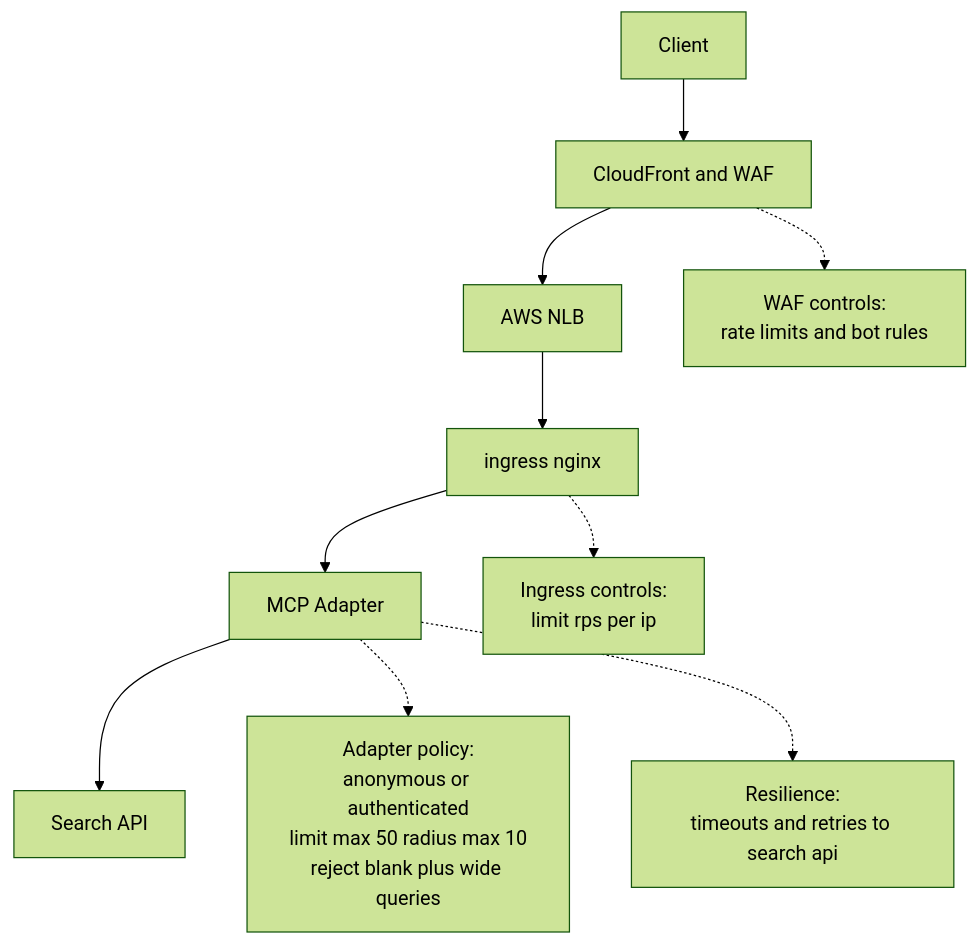
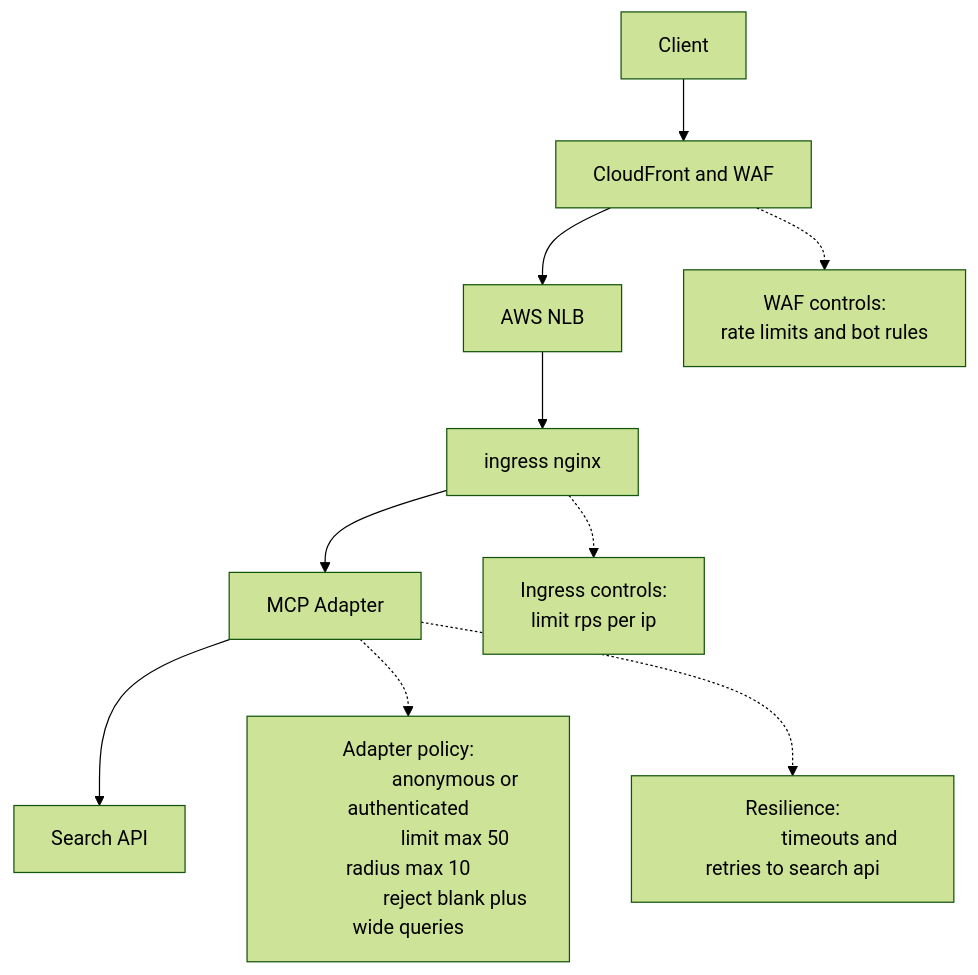
Before and after one commit to shahriarb/vibekanban: the fifth of 5 diagrams in http-mcp-design.md, drawn with Mermaid (forest theme).

````diff
--- a/http-mcp-design.md
+++ b/http-mcp-design.md
@@ -143,13 +143,19 @@
 ```mermaid
 flowchart TB
   U["Client"] --> CF["CloudFront and WAF"]
   CF --> NLB["AWS NLB"]
   NLB --> INX["ingress nginx"]
   INX --> ADP["MCP Adapter"]
   ADP --> SRCH["Search API"]
 
-  CF -.-> WAFCTRL["WAF controls:\nrate limits and bot rules"]
-  INX -.-> RLCTRL["Ingress controls:\nlimit rps per ip"]
-  ADP -.-> POLCTRL["Adapter policy:\nanonymous or authenticated\nlimit max 50 radius max 10\nreject blank plus wide queries"]
-  ADP -.-> RESCTRL["Resilience:\ntimeouts and retries to search api"]
+  CF -.-> WAFCTRL["WAF controls:
+                   rate limits and bot rules"]
+  INX -.-> RLCTRL["Ingress controls:
+                   limit rps per ip"]
+  ADP -.-> POLCTRL["Adapter policy:
+                    anonymous or authenticated
+                    limit max 50 radius max 10
+                    reject blank plus wide queries"]
+  ADP -.-> RESCTRL["Resilience:
+                    timeouts and retries to search api"]
 ```
````
